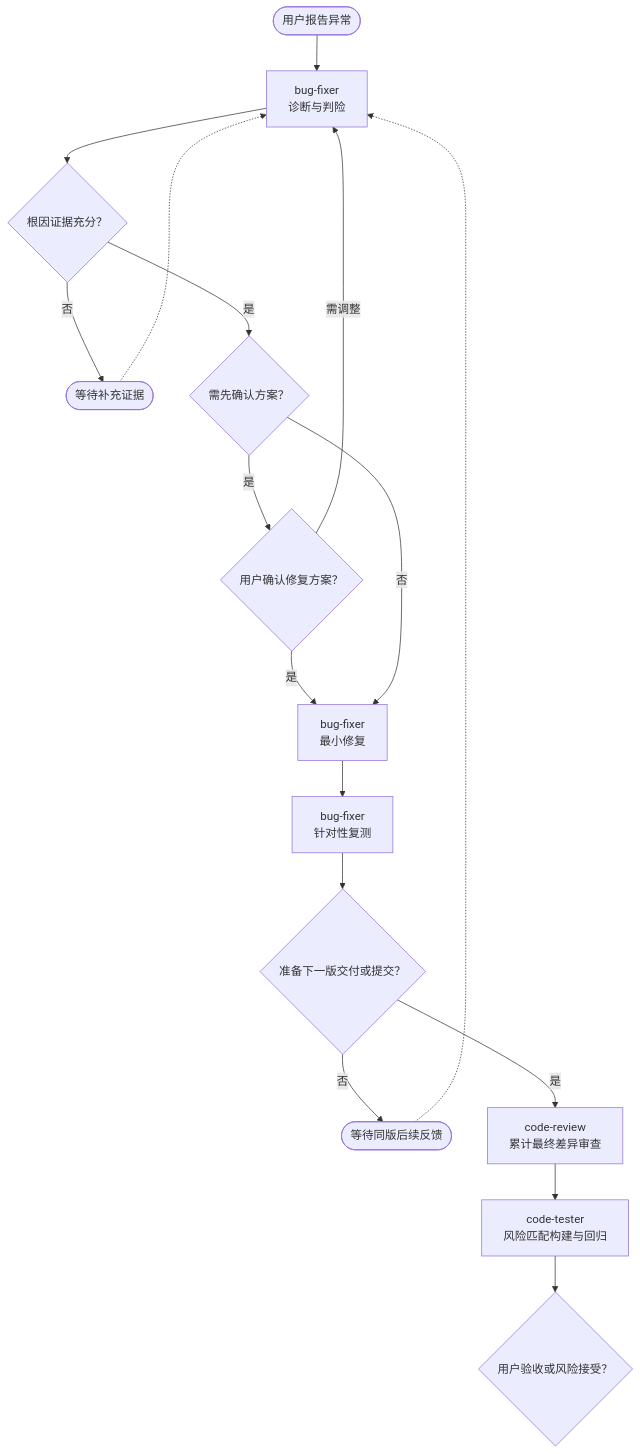
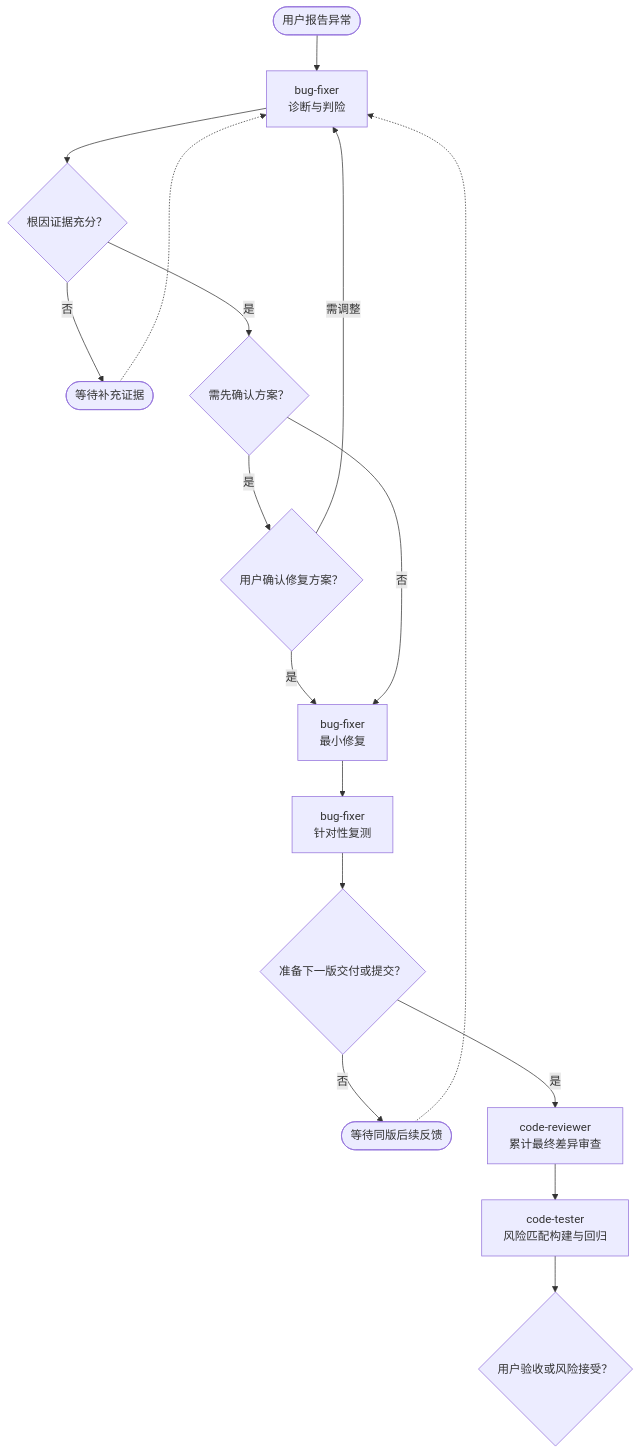
Before and after one commit to Herxinsasa/DevFlow: the third of 3 diagrams in README.md, drawn with Mermaid. The commit also changed other lines of this file and 13 other files, not shown here.

````diff
--- a/README.md
+++ b/README.md
@@ -190,19 +190,19 @@
 ```mermaid
 flowchart TB
     REPORT(["用户报告异常"]) --> DIAG["bug-fixer<br/>诊断与判险"]
     DIAG --> EVID{"根因证据充分？"}
     EVID -->|否| WAIT(["等待补充证据"])
     WAIT -.-> DIAG
     EVID -->|是| RISK{"需先确认方案？"}
     RISK -->|是| CONF{"用户确认修复方案？"}
     CONF -->|需调整| DIAG
     CONF -->|是| FIX["bug-fixer<br/>最小修复"]
     RISK -->|否| FIX
     FIX --> RETEST["bug-fixer<br/>针对性复测"]
     RETEST --> GATE{"准备下一版交付或提交？"}
     GATE -->|否| MORE(["等待同版后续反馈"])
     MORE -.-> DIAG
-    GATE -->|是| REVIEW["code-review<br/>累计最终差异审查"]
+    GATE -->|是| REVIEW["code-reviewer<br/>累计最终差异审查"]
     REVIEW --> TEST["code-tester<br/>风险匹配构建与回归"]
     TEST --> ACCEPT{"用户验收或风险接受？"}
 ```
````
